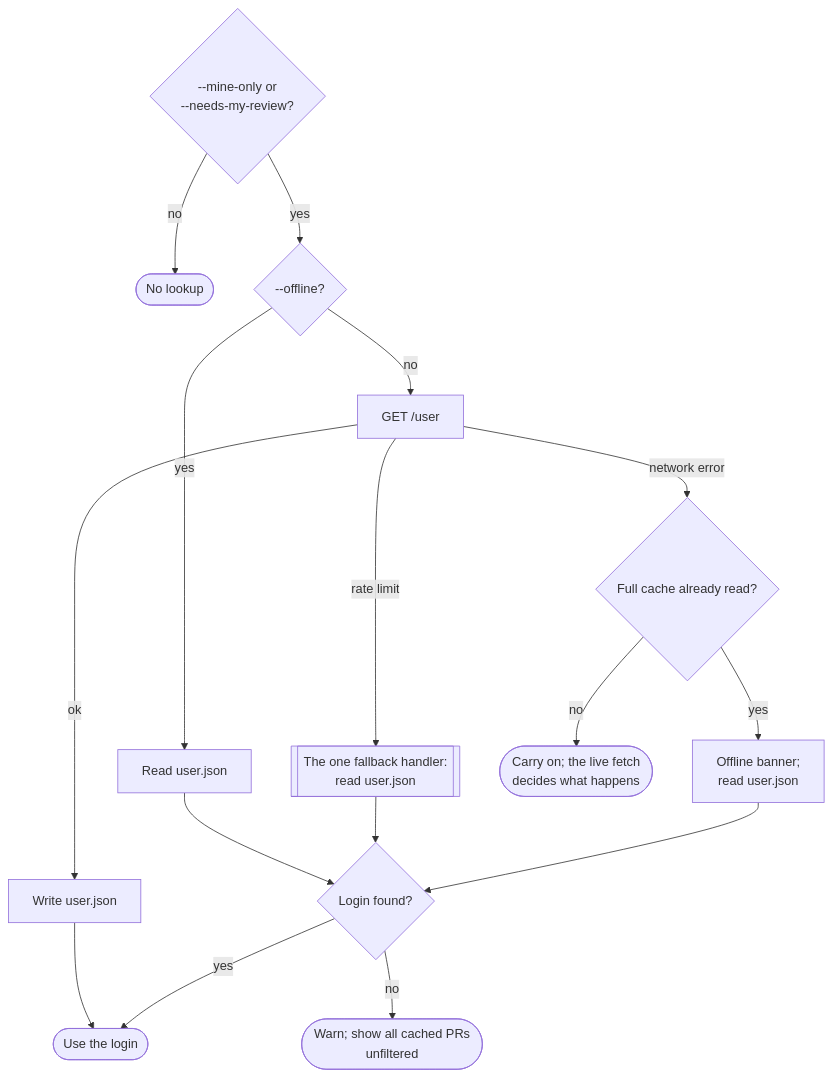
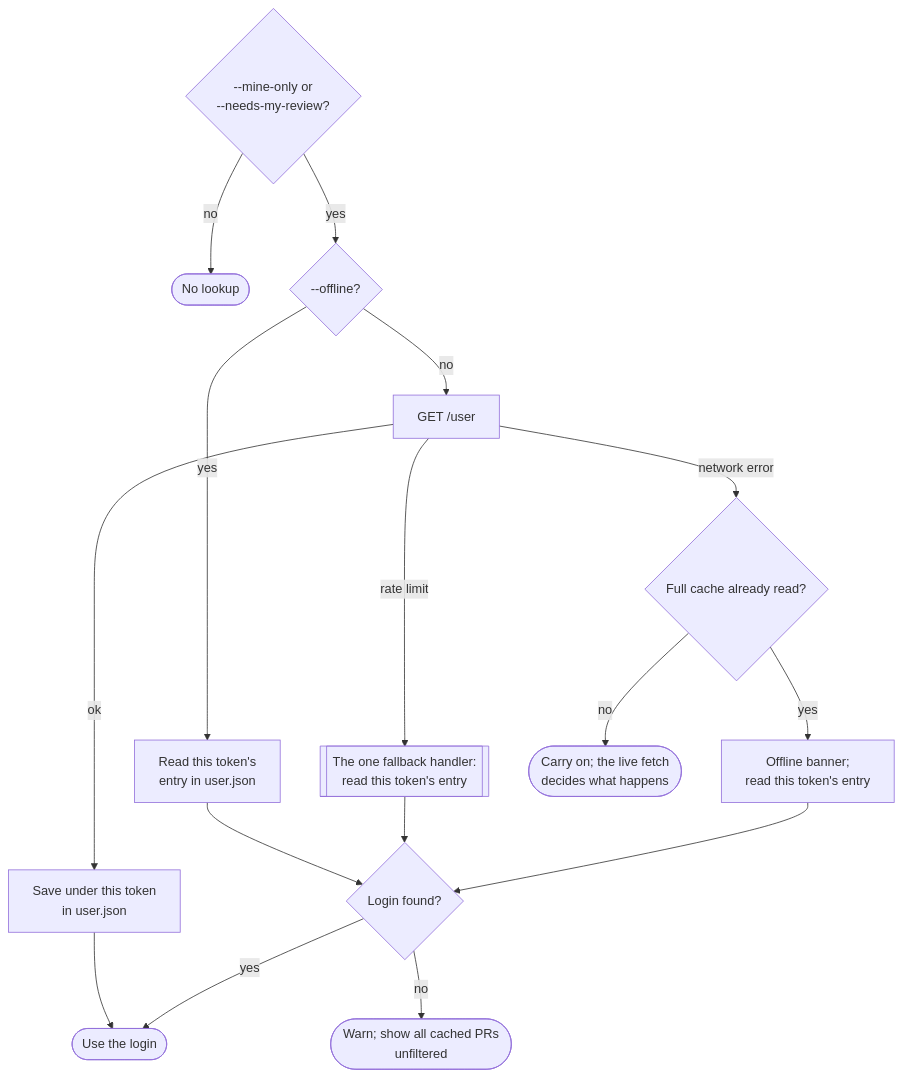
The third of 3 diagrams in docs/design/rate-limit-fallback.md (mrsixw/breakfast), drawn with Mermaid before and after one commit. The commit also changed other lines of this file and 7 other files, not shown here.

First line of the commit message:
fix: keep each token's cached login separately in user.json

````diff
--- a/docs/design/rate-limit-fallback.md
+++ b/docs/design/rate-limit-fallback.md
@@ -207,15 +208,15 @@
 ```mermaid
 flowchart TD
     need{"--mine-only or<br/>--needs-my-review?"} -->|no| skip(["No lookup"])
     need -->|yes| isOffline{"--offline?"}
-    isOffline -->|yes| read1["Read user.json"]
+    isOffline -->|yes| read1["Read this token's<br/>entry in user.json"]
     isOffline -->|no| ask["GET /user"]
-    ask -->|ok| save["Write user.json"] --> use(["Use the login"])
-    ask -->|rate limit| fb[["The one fallback handler:<br/>read user.json"]]
+    ask -->|ok| save["Save under this token<br/>in user.json"] --> use(["Use the login"])
+    ask -->|rate limit| fb[["The one fallback handler:<br/>read this token's entry"]]
     ask -->|network error| net{"Full cache already read?"}
-    net -->|yes| read2["Offline banner;<br/>read user.json"]
+    net -->|yes| read2["Offline banner;<br/>read this token's entry"]
     net -->|no| carryOn(["Carry on; the live fetch<br/>decides what happens"])
     read1 & fb & read2 --> found{"Login found?"}
     found -->|yes| use
     found -->|no| warn(["Warn; show all cached PRs<br/>unfiltered"])
 ```
````
